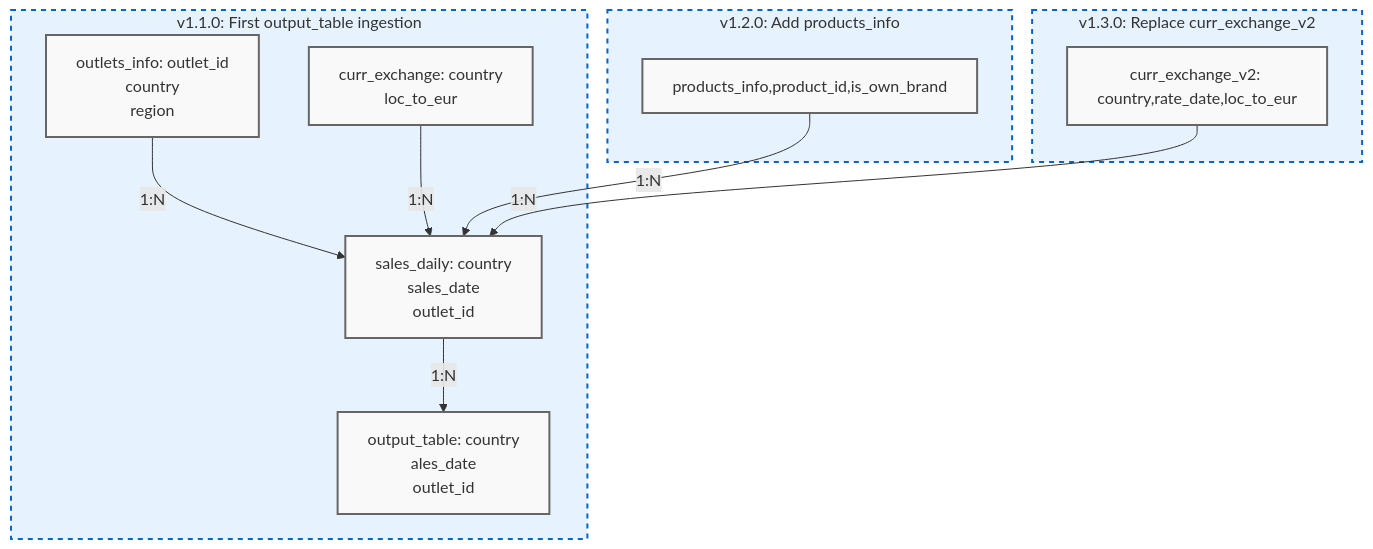
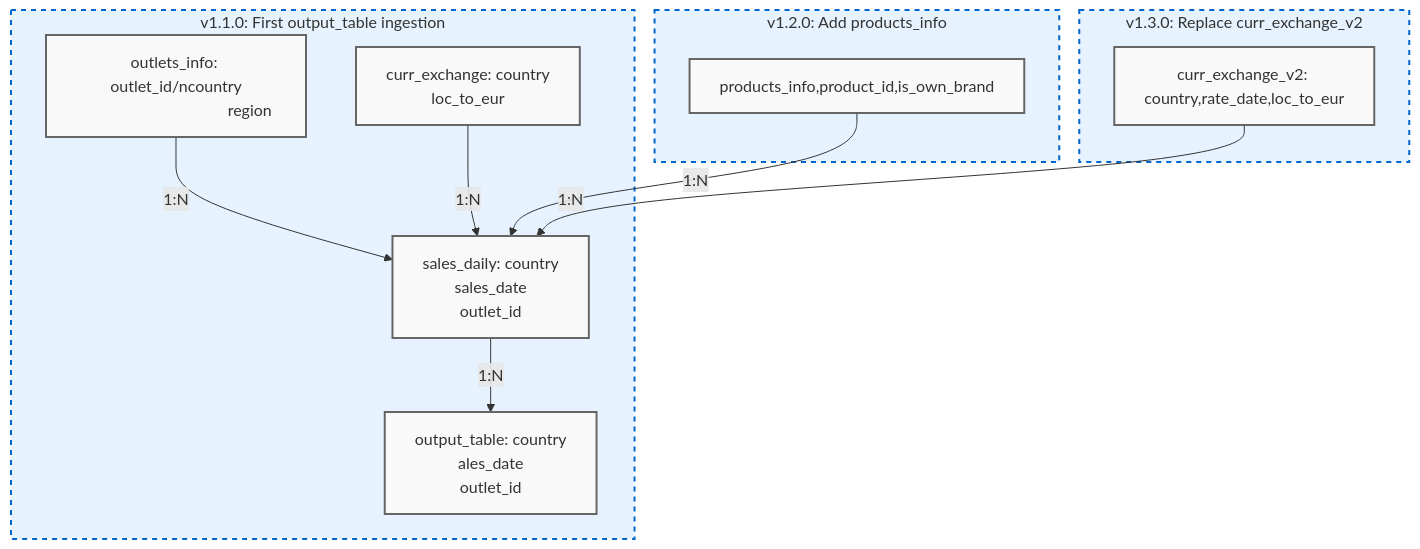
One commit to juanjoiie/Quality-Engineer-Test changed the diagram in test.md. Above: the diagram before and after it, drawn with Mermaid.

````diff
--- a/test.md
+++ b/test.md
@@ -4,33 +4,34 @@
 ```mermaid
 %% MermaidJS Diagram (renders in Markdown-compatible tools)
 flowchart TD
     %% ===== v1.1.0 =====
     subgraph v1_1_0["v1.1.0: First output_table ingestion"]
-        outlets_info["outlets_info: outlet_id\ncountry\nregion"]
+        outlets_info["outlets_info: outlet_id/ncountry
+                                    region"]
         curr_exchange["curr_exchange: country\nloc_to_eur"]
         sales_daily["sales_daily: country\nsales_date\noutlet_id"]
         output_table["output_table: country\nales_date\noutlet_id"]
 
         outlets_info -->|1:N| sales_daily
         curr_exchange -->|1:N| sales_daily
         sales_daily -->|1:N| output_table
     end
 
     %% ===== v1.2.0 =====
     subgraph v1_2_0["v1.2.0: Add products_info"]
         products_info["products_info,product_id,is_own_brand"]
         products_info -->|1:N| sales_daily
     end
 
     %% ===== v1.3.0 =====
     subgraph v1_3_0["v1.3.0: Replace curr_exchange_v2"]
         curr_exchange_v2["curr_exchange_v2: country,rate_date,loc_to_eur"]
         curr_exchange_v2 -->|1:N| sales_daily
     end
 
     %% Styling
     classDef entity fill:#f9f9f9,stroke:#666,stroke-width:2px;
     classDef version fill:#e6f3ff,stroke:#0066cc,stroke-width:2px,stroke-dasharray:5;
     class outlets_info,curr_exchange,sales_daily,output_table,products_info,curr_exchange_v2 entity;
     class v1_1_0,v1_2_0,v1_3_0 version;
 ```
````
